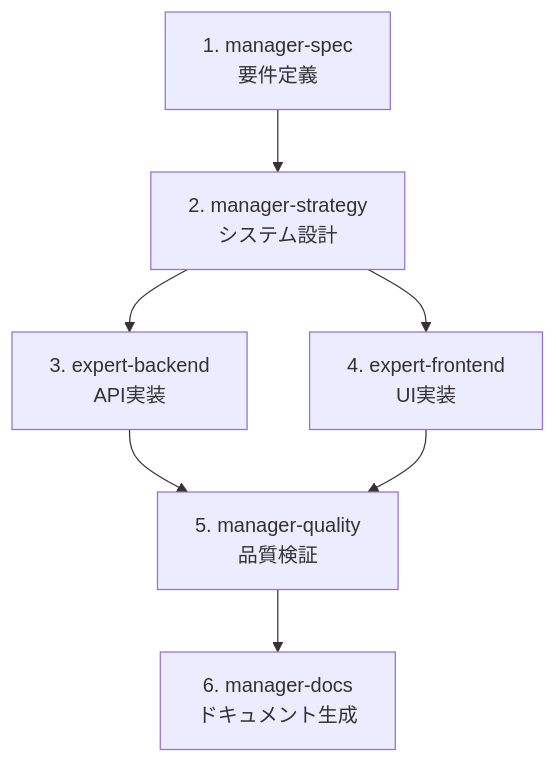
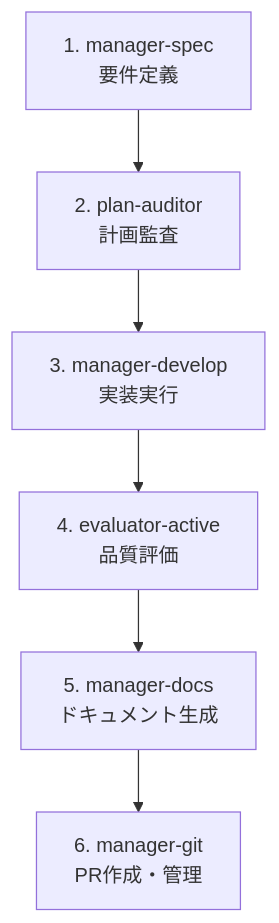
One commit to modu-ai/moai-adk changed the fourth of 4 diagrams in docs-site/content/ja/advanced/agent-guide.md. Above: the diagram before and after it, drawn with Mermaid. The commit also changed other lines of this file and 153 other files, not shown here.

````diff
--- a/docs-site/content/ja/advanced/agent-guide.md
+++ b/docs-site/content/ja/advanced/agent-guide.md
@@ -303,9 +256,8 @@
 ```mermaid
 flowchart TD
-    A["1. manager-spec<br/>要件定義"] --> B["2. manager-strategy<br/>システム設計"]
-    B --> C["3. expert-backend<br/>API実装"]
-    B --> D["4. expert-frontend<br/>UI実装"]
-    C --> E["5. manager-quality<br/>品質検証"]
-    D --> E
-    E --> F["6. manager-docs<br/>ドキュメント生成"]
+    A["1. manager-spec<br/>要件定義"] --> B["2. plan-auditor<br/>計画監査"]
+    B --> C["3. manager-develop<br/>実装実行"]
+    C --> D["4. evaluator-active<br/>品質評価"]
+    D --> E["5. manager-docs<br/>ドキュメント生成"]
+    E --> F["6. manager-git<br/>PR作成・管理"]
 ```
````
